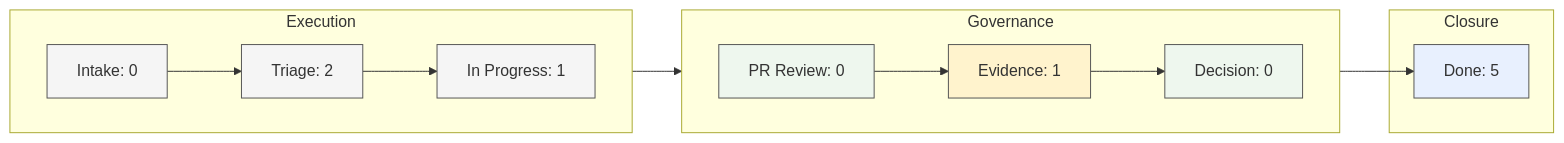
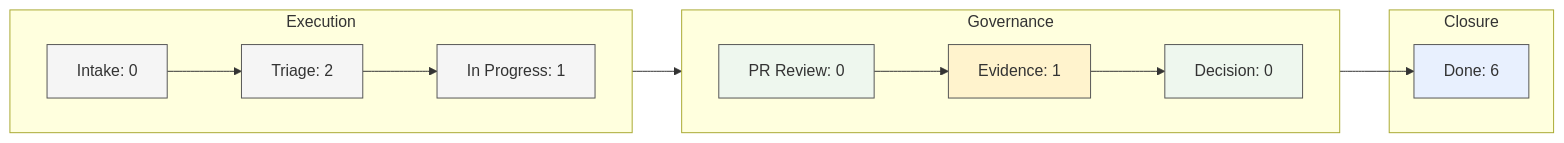
One commit to ShaileshRawat1403/ai-sdlc-control-plane changed the diagram in dashboard/index.md. Above: the diagram before and after it, drawn with Mermaid. The commit also changed other lines of this file and 8 other files, not shown here.

````diff
--- a/dashboard/index.md
+++ b/dashboard/index.md
@@ -38,29 +38,29 @@
 ```mermaid
 flowchart LR
   subgraph Execution [Execution]
     direction LR
     Intake["Intake: 0"] --> Triage["Triage: 2"] --> InProgress["In Progress: 1"]
   end
   subgraph Governance [Governance]
     direction LR
     PrReview["PR Review: 0"] --> Evidence["Evidence: 1"] --> Decision["Decision: 0"]
   end
   subgraph Closure [Closure]
-    Done["Done: 5"]
+    Done["Done: 6"]
   end
   InProgress --> PrReview
   Decision --> Done
 
   classDef active fill:#f5f5f5,stroke:#555,stroke-width:1px;
   classDef clear fill:#eef7ee,stroke:#555,stroke-width:1px;
   classDef warning fill:#fff3cd,stroke:#555,stroke-width:1px;
   classDef done fill:#e8f0fe,stroke:#555,stroke-width:1px;
 
   Intake:::active
   Triage:::active
   InProgress:::active
   PrReview:::clear
   Evidence:::warning
   Decision:::clear
   Done:::done
 ```
````
